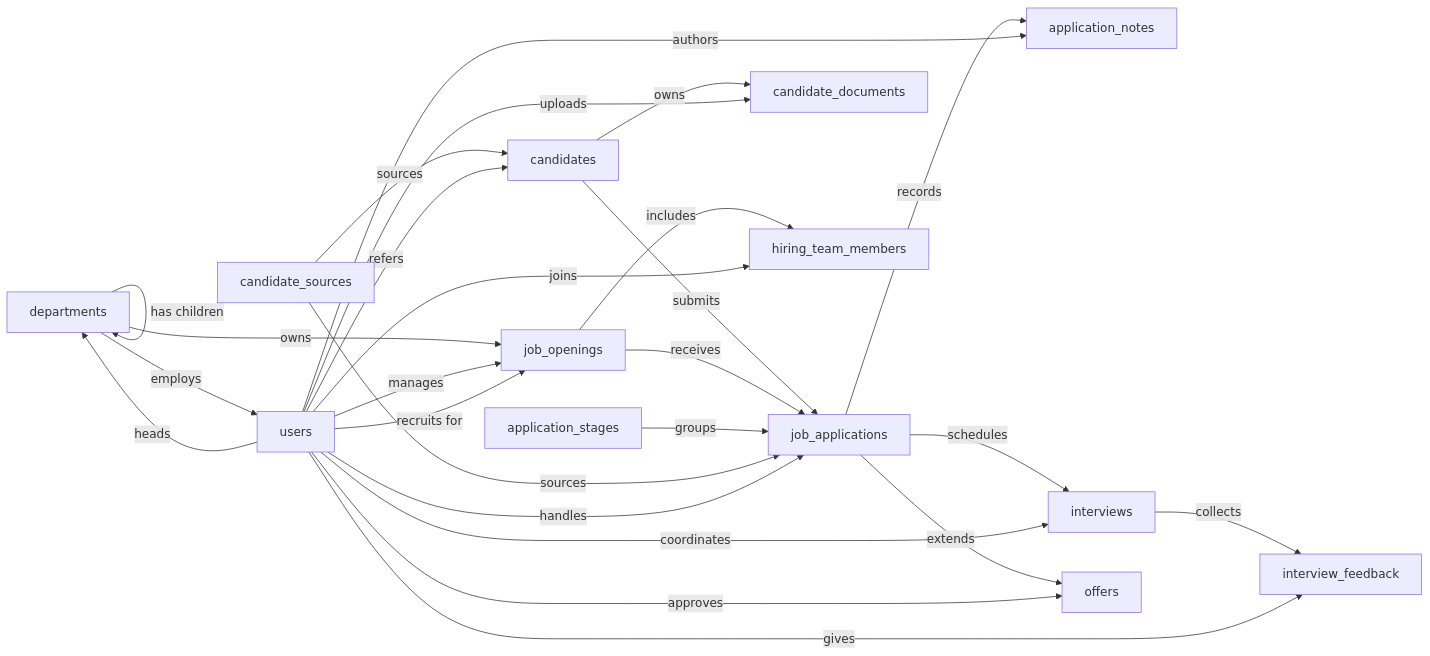
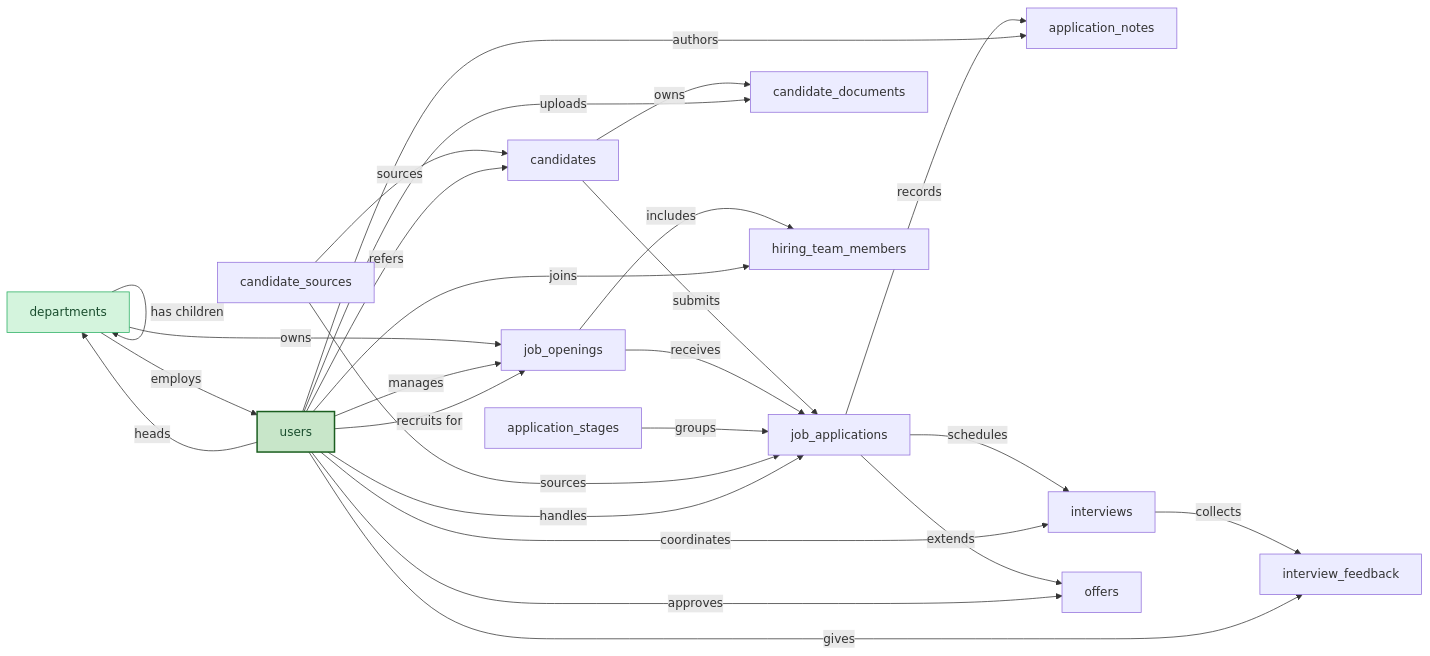
The diagram in models/ats-semantic-model.md (semantius/semantius), drawn with Mermaid before and after one commit. The commit also changed other lines of this file and 12 other files, not shown here.

````diff
--- a/models/ats-semantic-model.md
+++ b/models/ats-semantic-model.md
@@ -63,28 +63,34 @@
 ```mermaid
 flowchart LR
+    classDef builtin fill:#c8e6c9,stroke:#1b5e20,stroke-width:2px,color:#1a4d2e;
+    classDef master fill:#d4f4dd,stroke:#27ae60,color:#1a4d2e;
+
     departments -->|has children| departments
     users -->|heads| departments
     departments -->|employs| users
     departments -->|owns| job_openings
     users -->|manages| job_openings
     users -->|recruits for| job_openings
     candidate_sources -->|sources| candidates
     users -->|refers| candidates
     candidates -->|submits| job_applications
     job_openings -->|receives| job_applications
     application_stages -->|groups| job_applications
     candidate_sources -->|sources| job_applications
     users -->|handles| job_applications
     candidates -->|owns| candidate_documents
     users -->|uploads| candidate_documents
     job_applications -->|records| application_notes
     users -->|authors| application_notes
     job_applications -->|schedules| interviews
     users -->|coordinates| interviews
     interviews -->|collects| interview_feedback
     users -->|gives| interview_feedback
     job_applications -->|extends| offers
     users -->|approves| offers
     job_openings -->|includes| hiring_team_members
     users -->|joins| hiring_team_members
+
+    class users builtin;
+    class departments master;
 ```
````
